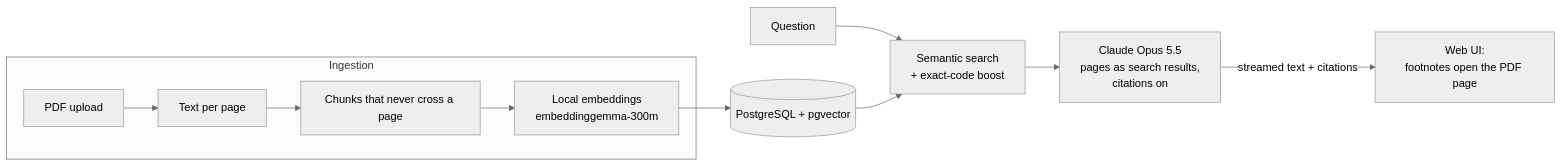
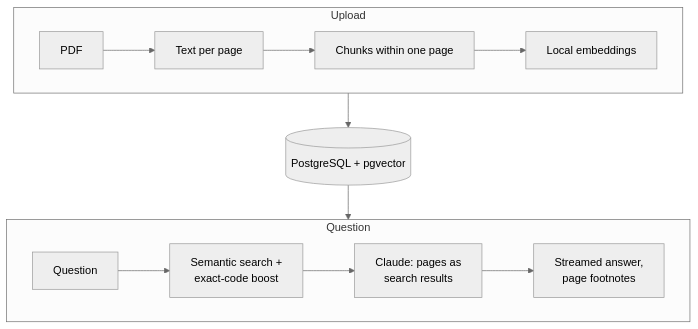
The diagram in README.md (Hamann1188/ai-document-assistant), drawn with Mermaid (neutral theme) before and after one commit. The commit also changed other lines of this file, not shown here.

Commit message:
docs: two-row architecture diagram and a plain caption for the dark screenshot

````diff
--- a/README.md
+++ b/README.md
@@ -54,13 +54,13 @@
 ```mermaid
-flowchart LR
-  subgraph Ingestion
-    P["PDF upload"] --> X["Text per page"]
-    X --> C["Chunks that never cross a page"]
-    C --> E["Local embeddings<br/>embeddinggemma-300m"]
+flowchart TB
+  subgraph ingest ["Upload"]
+    direction LR
+    P["PDF"] --> X["Text per page"] --> C["Chunks within one page"] --> E["Local embeddings"]
   end
   E --> DB[("PostgreSQL + pgvector")]
-  Q["Question"] --> S["Semantic search<br/>+ exact-code boost"]
+  subgraph answer ["Question"]
+    direction LR
+    Q["Question"] --> S["Semantic search +<br/>exact-code boost"] --> CL["Claude: pages as<br/>search results"] --> UI["Streamed answer,<br/>page footnotes"]
+  end
   DB --> S
-  S --> CL["Claude Opus 5.5<br/>pages as search results,<br/>citations on"]
-  CL -- "streamed text + citations" --> UI["Web UI:<br/>footnotes open the PDF page"]
 ```
````
